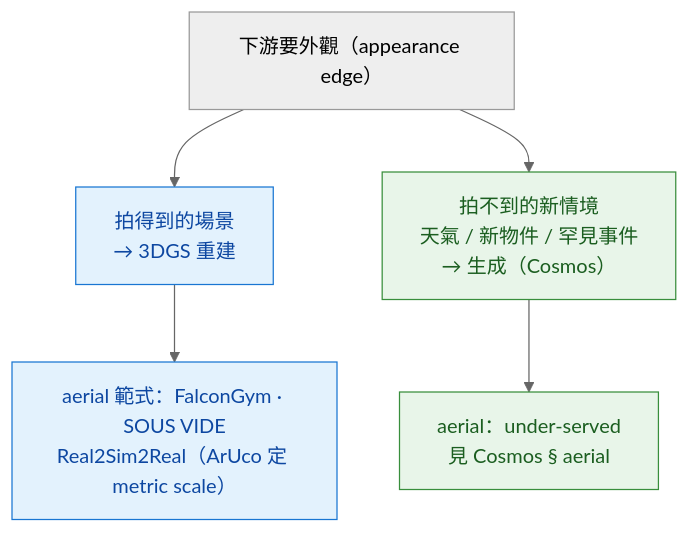
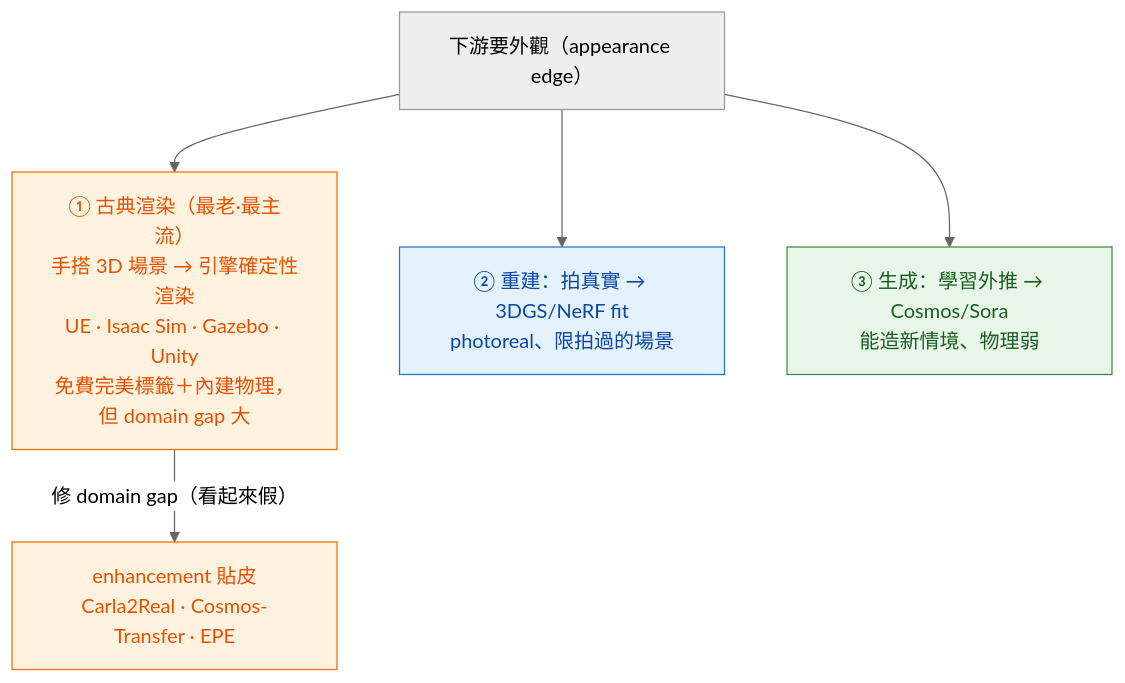
One commit to sou350121/Physics-Controllable-Generation-Handbook changed the second of 2 diagrams in foundations/3d-aware-generation/overview.md. Above: the diagram before and after it, drawn with Mermaid (neutral theme). The commit also changed other lines of this file and 3 other files, not shown here.

First line of the commit message:
補上古典 sim 平台：外觀邊第三條供應線 + 生產級 photoreal sim 平台層

````diff
--- a/foundations/3d-aware-generation/overview.md
+++ b/foundations/3d-aware-generation/overview.md
@@ -62,12 +62,14 @@
 ```mermaid
 flowchart TD
     Q["下游要外觀（appearance edge）"]
-    Q --> R["拍得到的場景<br/>→ 3DGS 重建"]
-    Q --> G["拍不到的新情境<br/>天氣 / 新物件 / 罕見事件<br/>→ 生成（Cosmos）"]
-    R --> RA["aerial 範式：FalconGym · SOUS VIDE<br/>Real2Sim2Real（ArUco 定 metric scale）"]
-    G --> GA["aerial：under-served<br/>見 Cosmos § aerial"]
+    Q --> CR["① 古典渲染（最老·最主流）<br/>手搭 3D 場景 → 引擎確定性渲染<br/>UE · Isaac Sim · Gazebo · Unity<br/>免費完美標籤＋內建物理，但 domain gap 大"]
+    Q --> R["② 重建：拍真實 → 3DGS/NeRF fit<br/>photoreal、限拍過的場景"]
+    Q --> G["③ 生成：學習外推 → Cosmos/Sora<br/>能造新情境、物理弱"]
+    CR -->|"修 domain gap（看起來假）"| EN["enhancement 貼皮<br/>Carla2Real · Cosmos-Transfer · EPE"]
+    classDef cr fill:#fff3e0,stroke:#ef6c00,color:#e65100
     classDef rec fill:#e3f2fd,stroke:#1976d2,color:#0d47a1
     classDef gen fill:#e8f5e9,stroke:#388e3c,color:#1b5e20
-    class R,RA rec
-    class G,GA gen
+    class CR,EN cr
+    class R rec
+    class G gen
 ```
````
